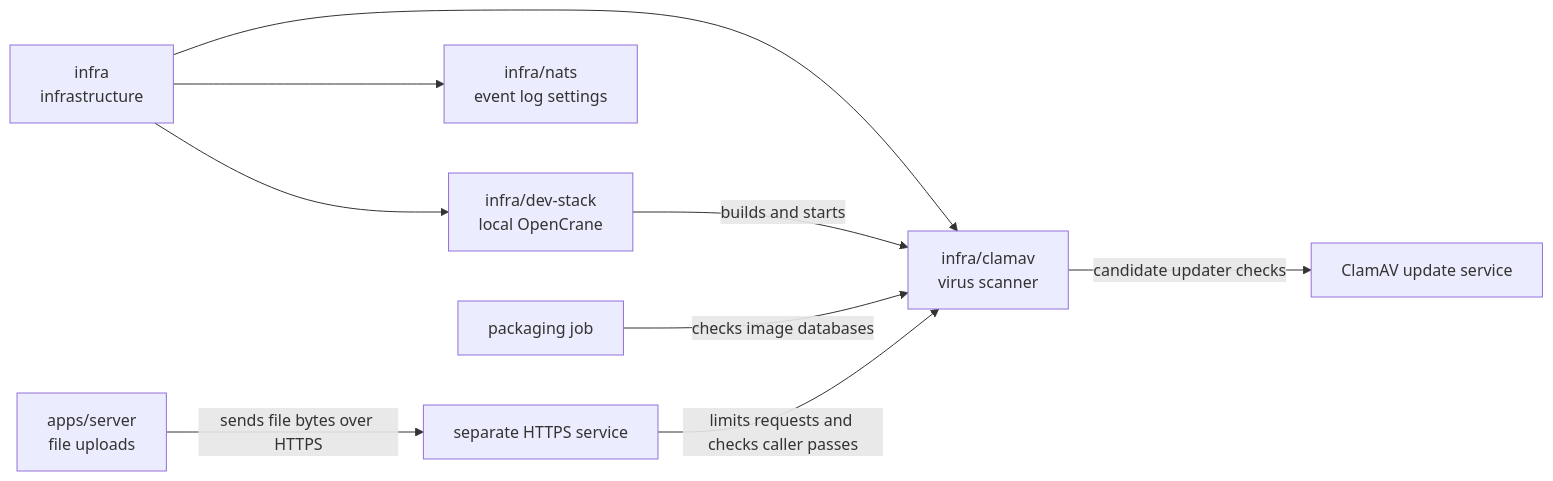
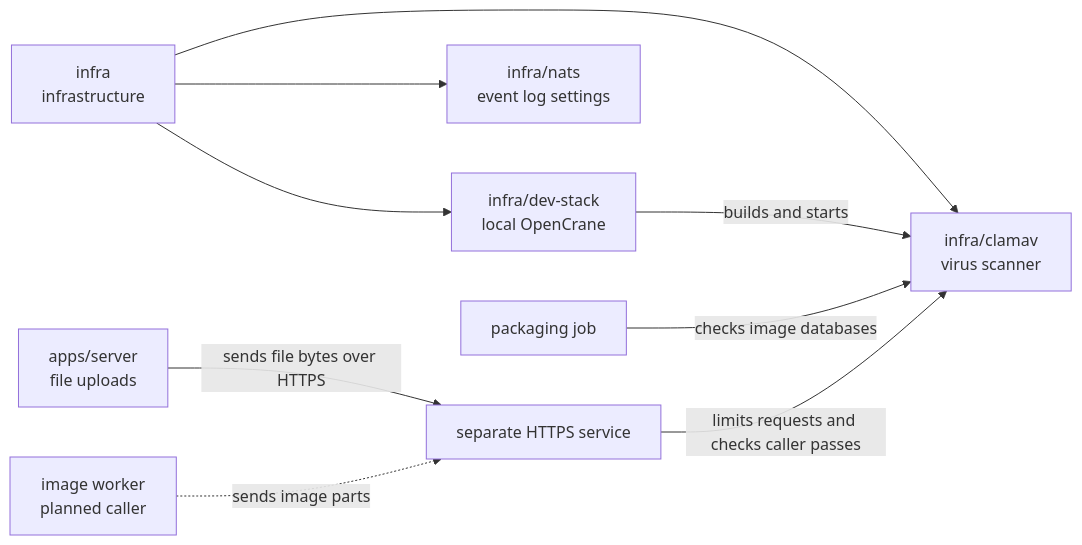
One commit to elewa-git/opencrane-new changed the diagram in infra/clamav/README.md. Above: the diagram before and after it, drawn with Mermaid. The commit also changed other lines of this file and 5 other files, not shown here.

Commit message:
🛡️ Add authenticated scans for bounded image parts

````diff
--- a/infra/clamav/README.md
+++ b/infra/clamav/README.md
@@ -15,11 +16,11 @@
 ```mermaid
 flowchart LR
   infra["infra<br/>infrastructure"] --> clamav["infra/clamav<br/>virus scanner"]
   infra --> stack["infra/dev-stack<br/>local OpenCrane"]
   infra --> nats["infra/nats<br/>event log settings"]
   stack -->|builds and starts| clamav
   server["apps/server<br/>file uploads"] -->|sends file bytes over HTTPS| launcher
-  clamav -->|candidate updater checks| updates["ClamAV update service"]
+  worker["image worker<br/>planned caller"] -.->|sends image parts| launcher
   packaging["packaging job"] -->|checks image databases| clamav
   launcher["separate HTTPS service"] -->|limits requests and checks caller passes| clamav
 ```
````
